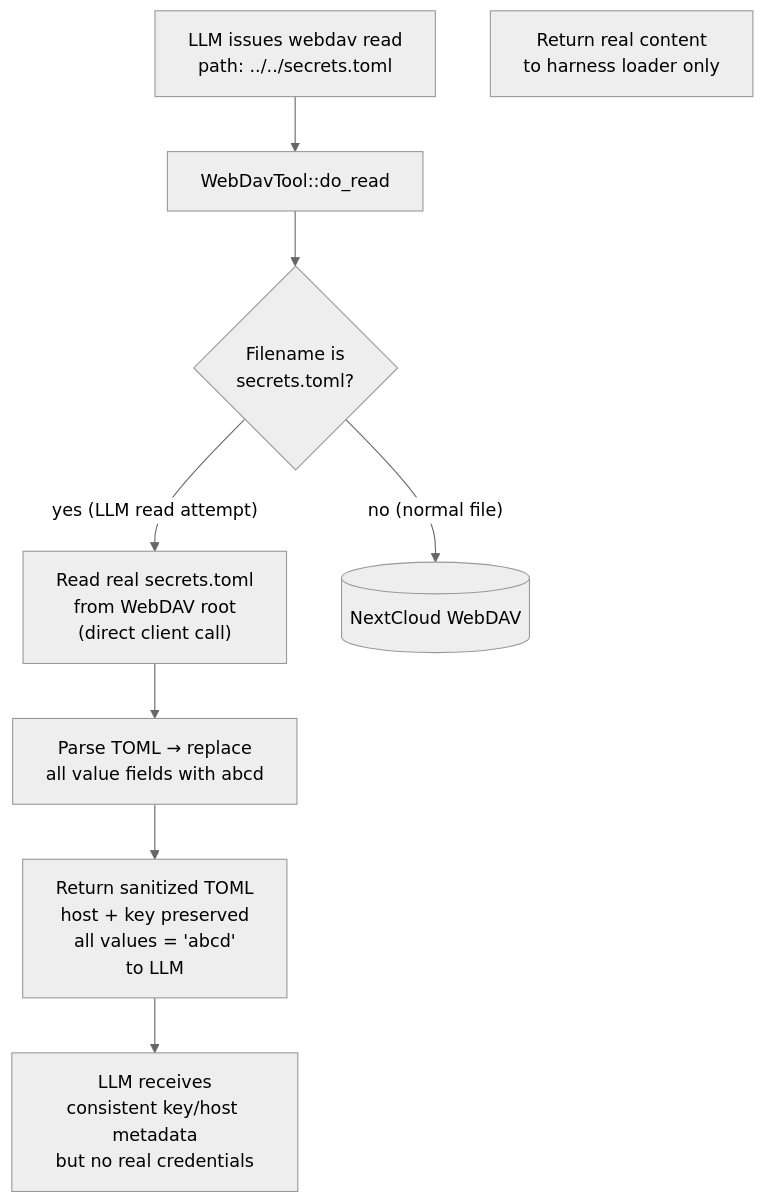
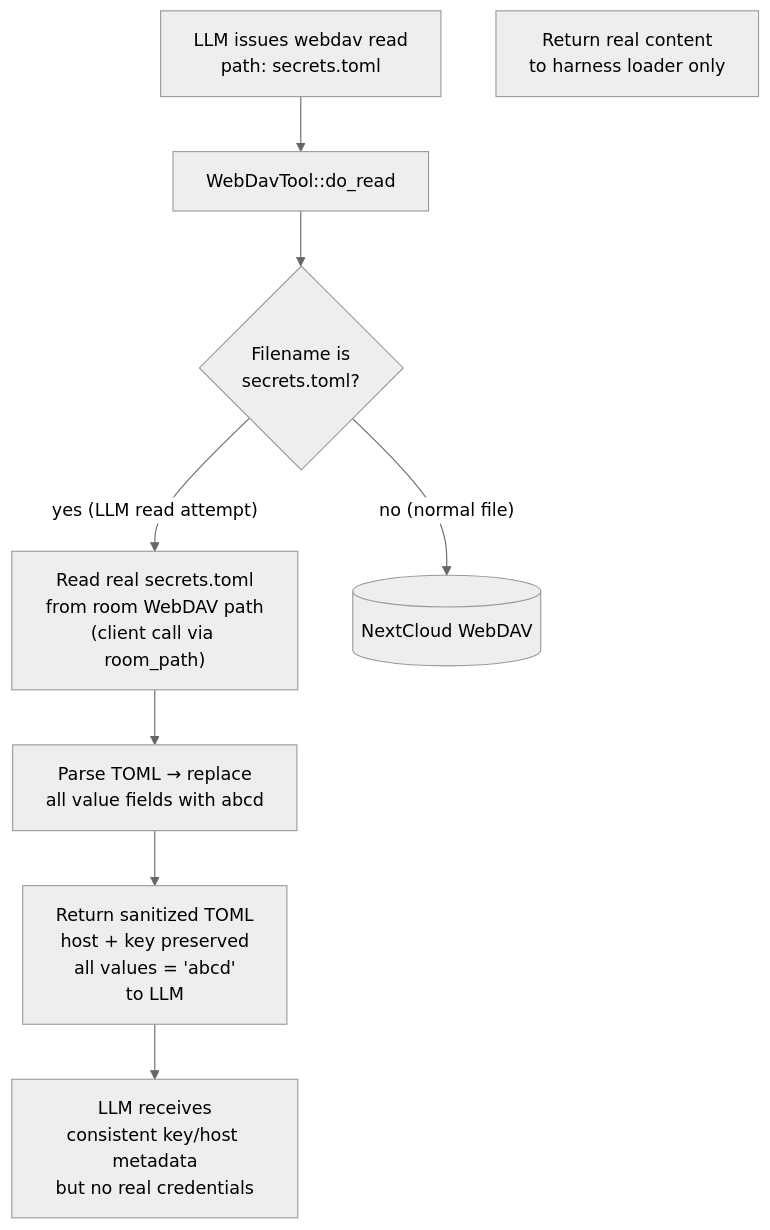
One commit to cosmoswafer/rockbot changed the sixth of 6 diagrams in _dfd/interception/secret-interception.md. Above: the diagram before and after it, drawn with Mermaid (neutral theme). The commit also changed other lines of this file and 2 other files, not shown here.

First line of the commit message:
fix: load secrets.toml from room WebDAV directory instead of root

````diff
--- a/_dfd/interception/secret-interception.md
+++ b/_dfd/interception/secret-interception.md
@@ -190,20 +191,20 @@
 ```mermaid
 flowchart TD
-    LLM[LLM issues webdav read<br/>path: ../../secrets.toml]
+    LLM[LLM issues webdav read<br/>path: secrets.toml]
     TOOL[WebDavTool::do_read]
     CHECK{Filename is<br/>secrets.toml?}
-    READ["Read real secrets.toml<br/>from WebDAV root<br/>(direct client call)"]
+    READ["Read real secrets.toml<br/>from room WebDAV path<br/>(client call via room_path)"]
     PARSE[Parse TOML → replace<br/>all value fields with abcd]
     DAV[(NextCloud WebDAV)]
     REAL[Return real content<br/>to harness loader only]
     DUMMY["Return sanitized TOML<br/>host + key preserved<br/>all values = 'abcd'<br/>to LLM"]
     LLM_OUT["LLM receives<br/>consistent key/host metadata<br/>but no real credentials"]
 
     LLM --> TOOL
     TOOL --> CHECK
     CHECK -->|"yes (LLM read attempt)"| READ
     CHECK -->|"no (normal file)"| DAV
     READ --> PARSE
     PARSE --> DUMMY
     DUMMY --> LLM_OUT
 ```
````
